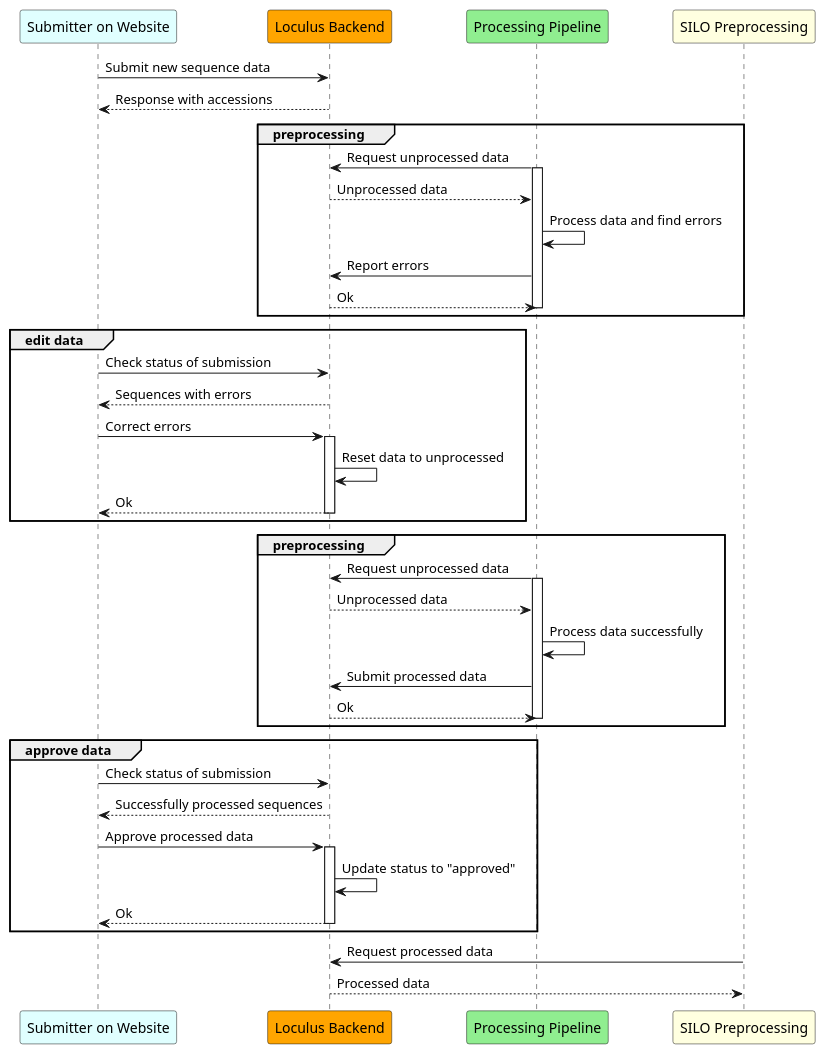
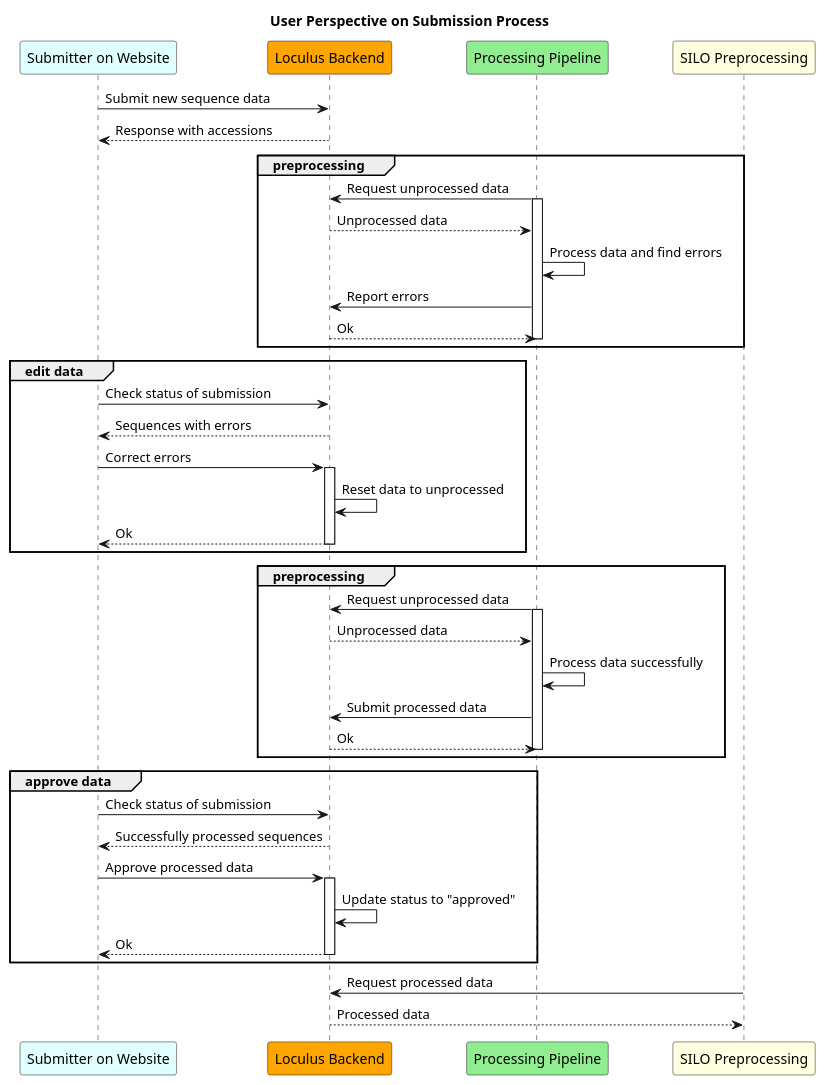
One commit to loculus-project/loculus changed the diagram in architecture_docs/plantuml/06_user_submission_details.puml. Above: the diagram before and after it, drawn with PlantUML. The commit also changed 8 other files, not shown here.

```diff
--- a/architecture_docs/plantuml/06_user_submission_details.puml
+++ b/architecture_docs/plantuml/06_user_submission_details.puml
@@ -1,55 +1,57 @@
 @startuml
+
+title User Perspective on Submission Process
 
 participant "Submitter on Website" as submitter #LightCyan
 participant "Loculus Backend" as backend #Orange
 participant "Processing Pipeline" as processing #LightGreen
 participant "SILO Preprocessing" as silo_processing #LightYellow
 
 submitter -> backend: Submit new sequence data
 backend --> submitter: Response with accessions
 
 group preprocessing
     processing -> backend: Request unprocessed data
     activate processing
     backend --> processing: Unprocessed data
     processing -> processing: Process data and find errors
     processing -> backend: Report errors
     backend --> processing: Ok
     deactivate processing
 end
 
 group edit data
     submitter -> backend: Check status of submission
     backend --> submitter: Sequences with errors
 
     submitter -> backend: Correct errors
     activate backend
     backend -> backend: Reset data to unprocessed
     backend --> submitter: Ok
     deactivate backend
 end
 
 group preprocessing
     processing -> backend: Request unprocessed data
     activate processing
     backend --> processing: Unprocessed data
     processing -> processing: Process data successfully
     processing -> backend: Submit processed data
     backend --> processing: Ok
     deactivate processing
 end
 
 group approve data
     submitter -> backend: Check status of submission
     backend --> submitter: Successfully processed sequences
     submitter -> backend: Approve processed data
     activate backend
     backend -> backend: Update status to "approved"
     backend --> submitter: Ok
     deactivate backend
 end
 
 silo_processing -> backend: Request processed data
 backend --> silo_processing: Processed data
 
 @enduml
```
